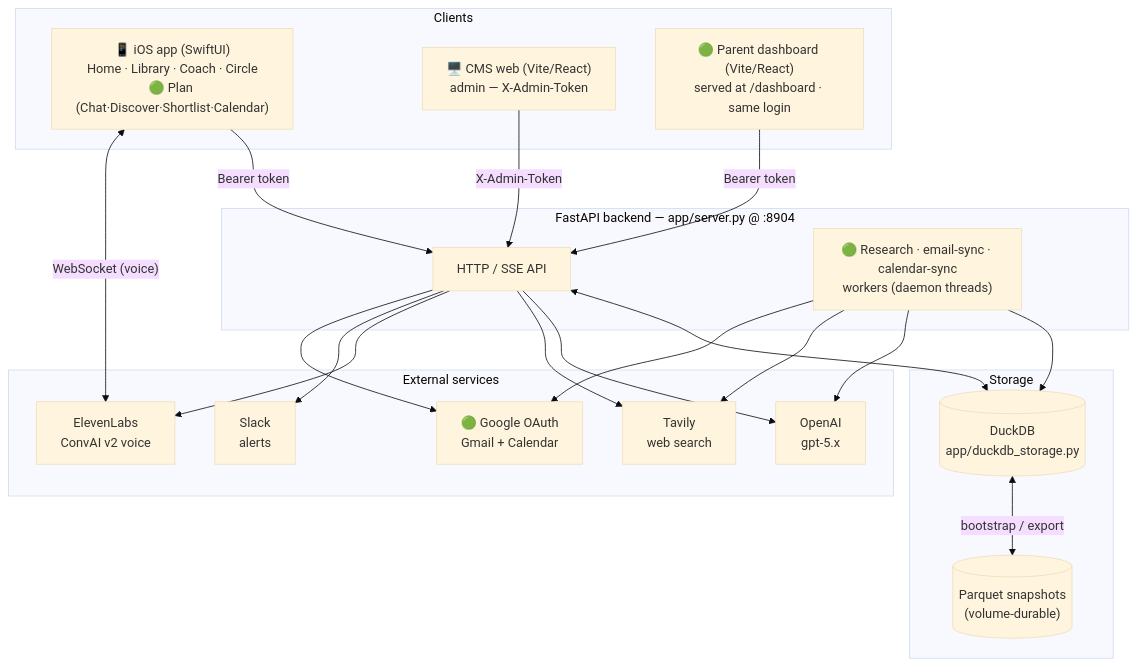
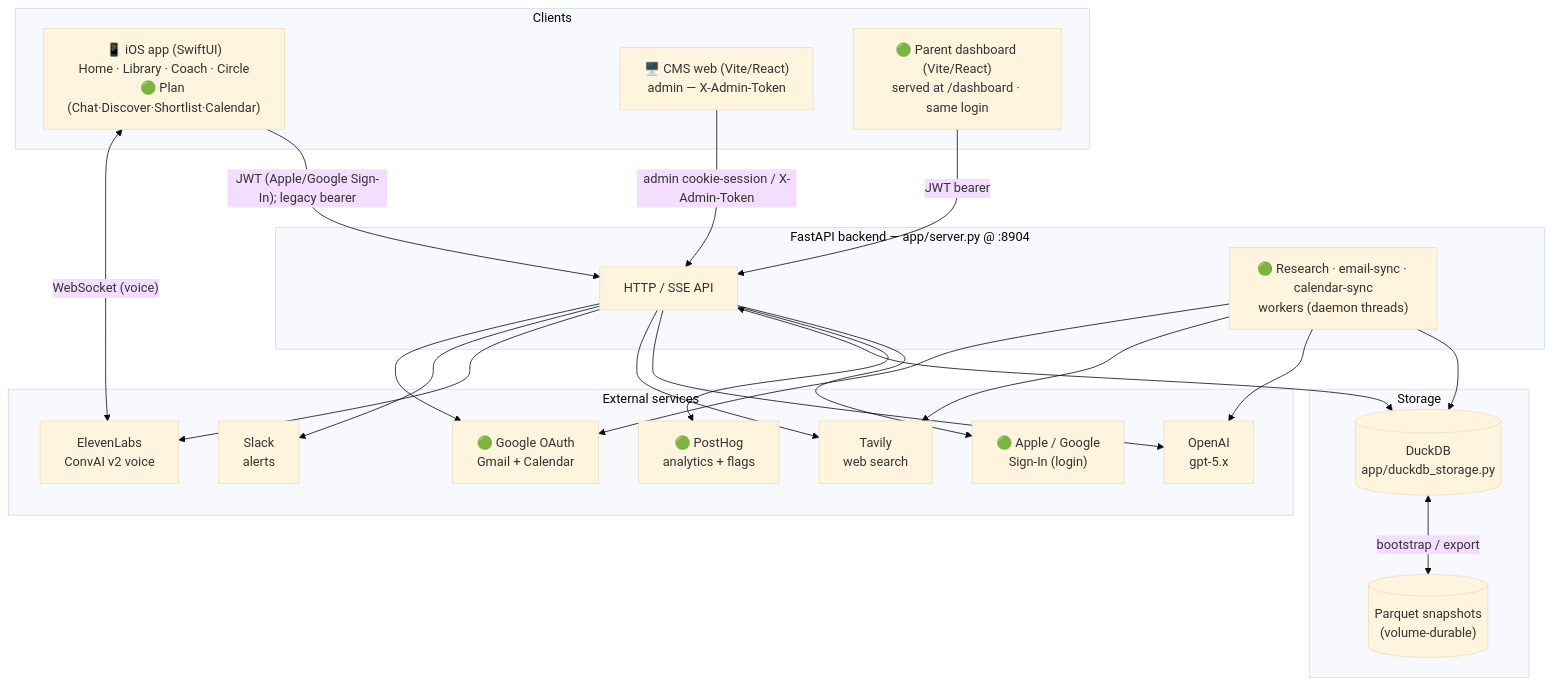
One commit to artesanobuilds/parent-app changed the first of 6 diagrams in docs/system-architecture.md. Above: the diagram before and after it, drawn with Mermaid (base theme). The commit also changed other lines of this file and 8 other files, not shown here.

````diff
--- a/docs/system-architecture.md
+++ b/docs/system-architecture.md
@@ -14,45 +14,49 @@
 ```mermaid
 flowchart TB
     subgraph Clients
         iOS["📱 iOS app (SwiftUI)<br/>Home · Library · Coach · Circle<br/>🟢 Plan (Chat·Discover·Shortlist·Calendar)"]
         CMS["🖥️ CMS web (Vite/React)<br/>admin — X-Admin-Token"]
         DASH["🟢 Parent dashboard (Vite/React)<br/>served at /dashboard · same login"]
     end
 
     subgraph Backend["FastAPI backend — app/server.py @ :8904"]
         API["HTTP / SSE API"]
         WORKER["🟢 Research · email-sync · calendar-sync<br/>workers (daemon threads)"]
     end
 
     subgraph Data["Storage"]
         DUCK[("DuckDB<br/>app/duckdb_storage.py")]
         PARQ[("Parquet snapshots<br/>(volume-durable)")]
     end
 
     subgraph External["External services"]
         OAI["OpenAI<br/>gpt-5.x"]
         TAV["Tavily<br/>web search"]
         EL["ElevenLabs<br/>ConvAI v2 voice"]
         SLACK["Slack<br/>alerts"]
         GOOG["🟢 Google OAuth<br/>Gmail + Calendar"]
+        APPLE["🟢 Apple / Google<br/>Sign-In (login)"]
+        PH["🟢 PostHog<br/>analytics + flags"]
     end
 
-    iOS -->|"Bearer token"| API
-    CMS -->|"X-Admin-Token"| API
-    DASH -->|"Bearer token"| API
+    iOS -->|"JWT (Apple/Google Sign-In); legacy bearer"| API
+    CMS -->|"admin cookie-session / X-Admin-Token"| API
+    DASH -->|"JWT bearer"| API
+    API --> APPLE
+    API --> PH
 
     API <--> DUCK
     DUCK <-->|"bootstrap / export"| PARQ
     WORKER --> DUCK
 
     API --> OAI
     API --> TAV
     API --> EL
     API --> SLACK
     WORKER --> OAI
     WORKER --> TAV
     API --> GOOG
     WORKER --> GOOG
 
     iOS <-->|"WebSocket (voice)"| EL
 ```
````
